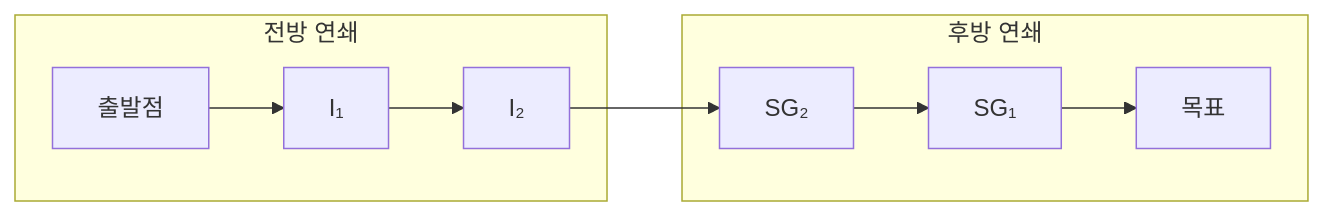
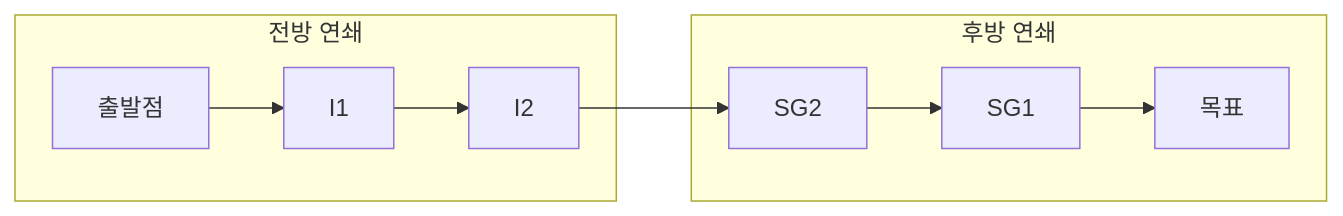
One commit to Choroning/25Fall_Discrete-Mathematics changed the second of 3 diagrams in Lecture-Notes/Ch06_Set-Theory/Concepts_Lecture.ko.md. Above: the diagram before and after it, drawn with Mermaid. The commit also changed other lines of this file and 37 other files, not shown here.

````diff
--- a/Lecture-Notes/Ch06_Set-Theory/Concepts_Lecture.ko.md
+++ b/Lecture-Notes/Ch06_Set-Theory/Concepts_Lecture.ko.md
@@ -620,10 +622,10 @@
 ```mermaid
 graph LR
     subgraph F["전방 연쇄"]
-        S["출발점"] --> I1["I₁"] --> I2["I₂"]
+        S["출발점"] --> I1["I1"] --> I2["I2"]
     end
     subgraph BK["후방 연쇄"]
-        SG2["SG₂"] --> SG1["SG₁"] --> GOAL["목표"]
+        SG2["SG2"] --> SG1["SG1"] --> GOAL["목표"]
     end
     I2 --> SG2
 ```
````
